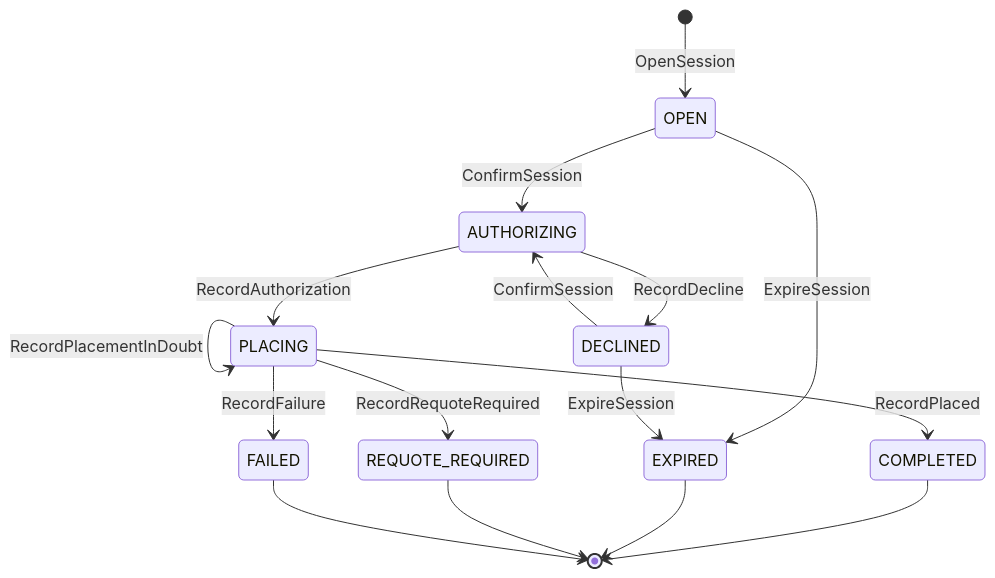
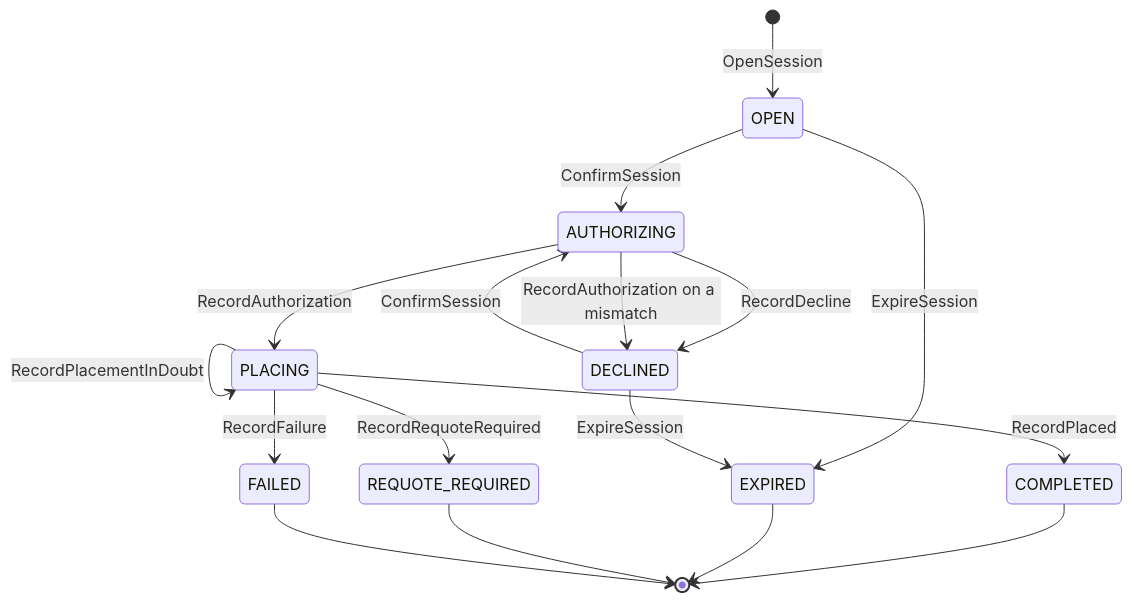
Before and after one commit to IQVO/warehouse-docs: the diagram in storefront/docs/contexts/checkout/aggregate-design-canvas.md, drawn with Mermaid. The commit also changed other lines of this file and 8 other files, not shown here.

Commit message:
docs(storefront): checkout pack and model follow the repo (422 price-quote-expired, no confirm re-check, authAttempt 0, first-only in-doubt event, mismatch -> DECLINED + void-pending)

````diff
--- a/storefront/docs/contexts/checkout/aggregate-design-canvas.md
+++ b/storefront/docs/contexts/checkout/aggregate-design-canvas.md
@@ -50,18 +50,19 @@
 ```mermaid
 stateDiagram-v2
     [*] --> OPEN: OpenSession
     OPEN --> AUTHORIZING: ConfirmSession
     OPEN --> EXPIRED: ExpireSession
     DECLINED --> EXPIRED: ExpireSession
     AUTHORIZING --> PLACING: RecordAuthorization
     AUTHORIZING --> DECLINED: RecordDecline
+    AUTHORIZING --> DECLINED: RecordAuthorization on a mismatch
     DECLINED --> AUTHORIZING: ConfirmSession
     PLACING --> PLACING: RecordPlacementInDoubt
     PLACING --> COMPLETED: RecordPlaced
     PLACING --> REQUOTE_REQUIRED: RecordRequoteRequired
     PLACING --> FAILED: RecordFailure
     COMPLETED --> [*]
     EXPIRED --> [*]
     REQUOTE_REQUIRED --> [*]
     FAILED --> [*]
 ```
````
